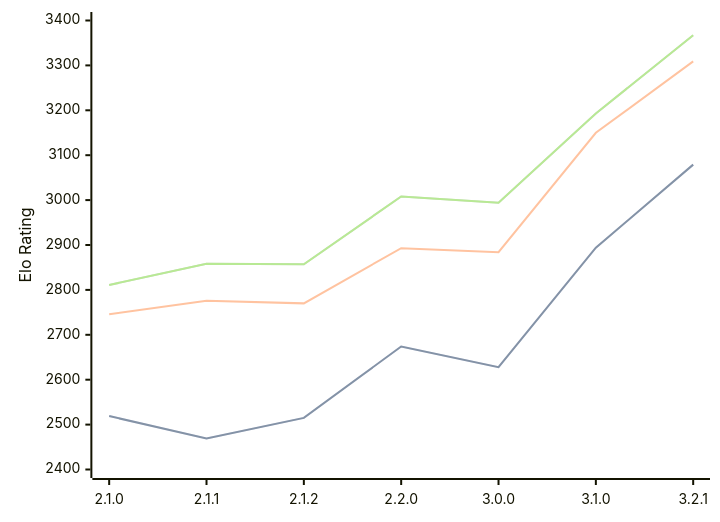
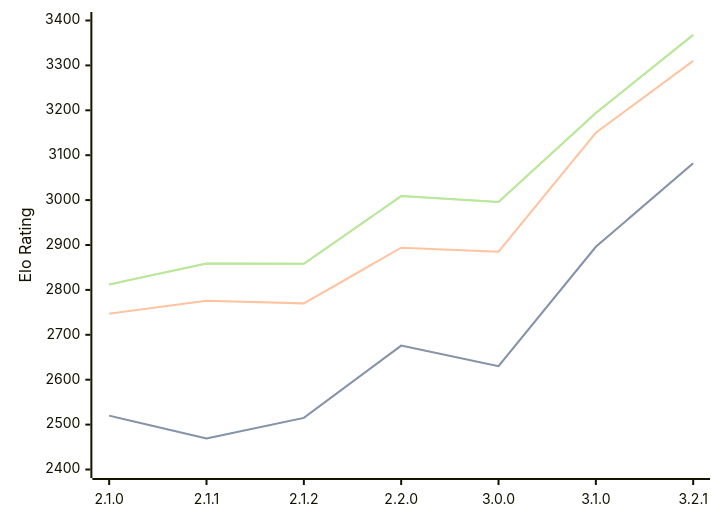
One commit to computer-chess-index/cci changed the first of 3 diagrams in engines/Prune.md. Above: the diagram before and after it, drawn with Mermaid. The commit also changed other lines of this file, not shown here.

Commit message:
Update CCI Ratings (ELO VLTC) - 2026-06-23

````diff
--- a/engines/Prune.md
+++ b/engines/Prune.md
@@ -42,11 +42,11 @@
 ```mermaid
 %%{init: {"theme":"base","themeVariables":{"seriesColors:['#a3a3a3','#222221','#faa371']}}}%%
 xychart-beta
   x-axis ["2.1.0", "2.1.1", "2.1.2", "2.2.0", "3.0.0", "3.1.0", "3.2.1"]
   y-axis "Elo Rating" 2400 --> 3400
-  line "STC (8.0+0.08s)" [2519, 2469, 2515, 2674, 2628, 2894, 3079]
-  line "STC (8.0+0.08s)" [2519, 2469, 2515, 2674, 2628, 2894, 3079]
-  line "LTC (60.0+0.60s)" [2746, 2776, 2770, 2893, 2884, 3150, 3309]
-  line "VLTC (2m24s+1.12s)" [2811, 2858, 2857, 3008, 2994, 3193, 3367]
-  line "VLTC (2m24s+1.12s)" [2811, 2858, 2857, 3008, 2994, 3193, 3367]
+  line "STC (8.0+0.08s)" [2520, 2469, 2515, 2676, 2630, 2896, 3082]
+  line "STC (8.0+0.08s)" [2520, 2469, 2515, 2676, 2630, 2896, 3082]
+  line "LTC (60.0+0.60s)" [2747, 2776, 2770, 2894, 2885, 3150, 3310]
+  line "VLTC (2m24s+1.12s)" [2812, 2859, 2858, 3009, 2996, 3194, 3368]
+  line "VLTC (2m24s+1.12s)" [2812, 2859, 2858, 3009, 2996, 3194, 3368]
 ```
````
